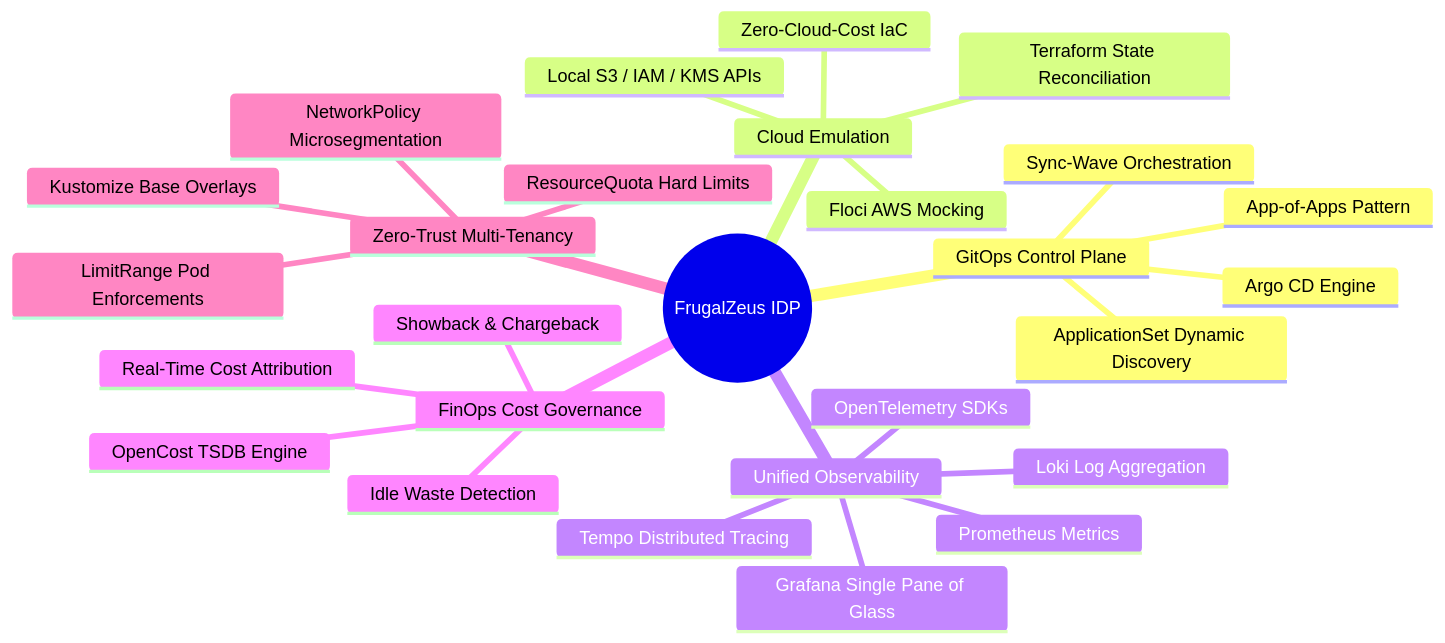
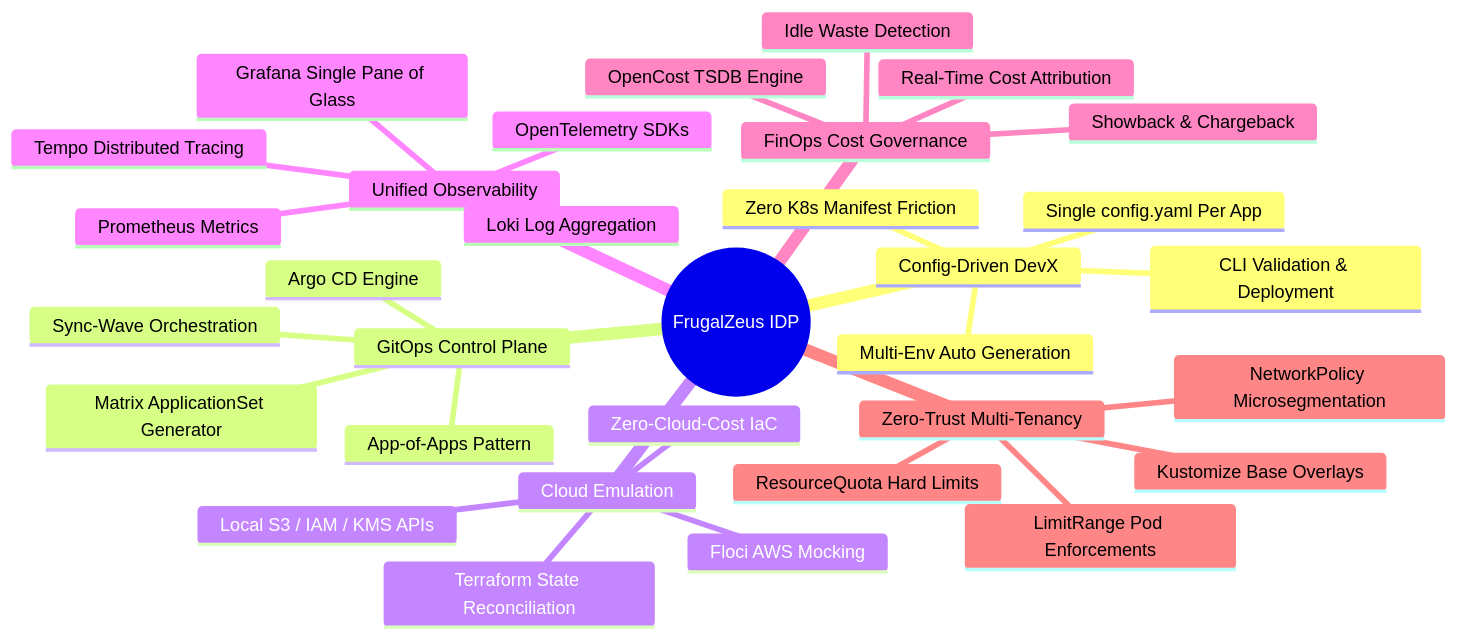
One commit to barbaria888/FrugalZeus changed the diagram in docs/docs/index.md. Above: the diagram before and after it, drawn with Mermaid. The commit also changed other lines of this file and 10 other files, not shown here.

Commit message:
modular application config

````diff
--- a/docs/docs/index.md
+++ b/docs/docs/index.md
@@ -11,30 +13,35 @@
 ```mermaid
 mindmap
   root((FrugalZeus IDP))
+    Config-Driven DevX
+      Single config.yaml Per App
+      Multi-Env Auto Generation
+      CLI Validation & Deployment
+      Zero K8s Manifest Friction
     GitOps Control Plane
       Argo CD Engine
       App-of-Apps Pattern
-      ApplicationSet Dynamic Discovery
+      Matrix ApplicationSet Generator
       Sync-Wave Orchestration
     Cloud Emulation
       Floci AWS Mocking
       Local S3 / IAM / KMS APIs
       Zero-Cloud-Cost IaC
       Terraform State Reconciliation
     Unified Observability
       Prometheus Metrics
       Loki Log Aggregation
       Tempo Distributed Tracing
       Grafana Single Pane of Glass
       OpenTelemetry SDKs
     FinOps Cost Governance
       OpenCost TSDB Engine
       Real-Time Cost Attribution
       Showback & Chargeback
       Idle Waste Detection
     Zero-Trust Multi-Tenancy
       Kustomize Base Overlays
       NetworkPolicy Microsegmentation
       ResourceQuota Hard Limits
       LimitRange Pod Enforcements
 ```
````
